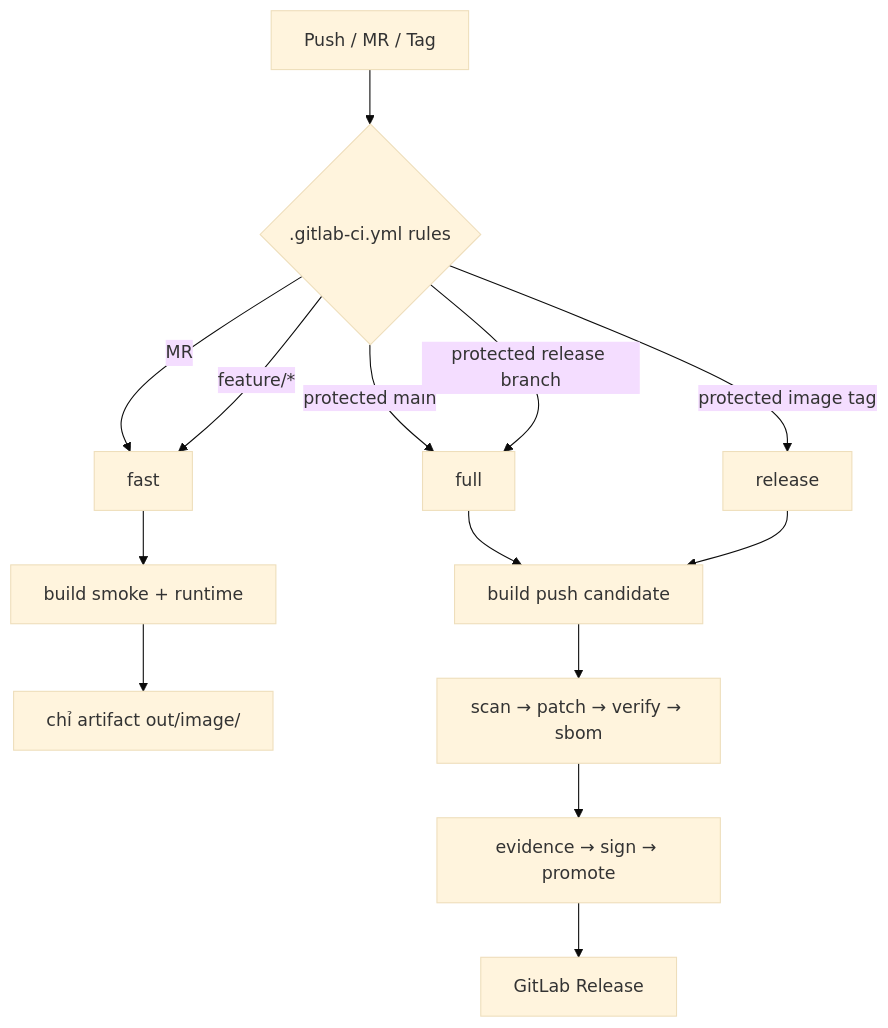
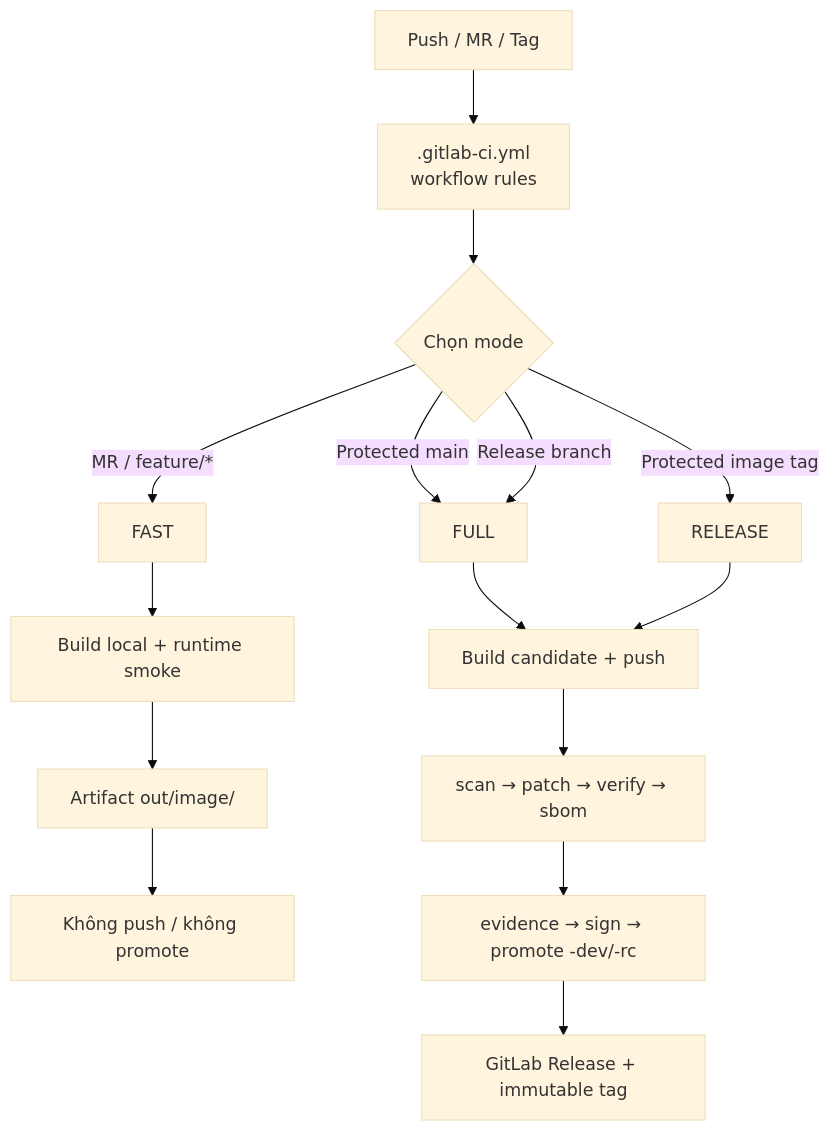
Before and after one commit to solution156/workspace-images: the first of 2 diagrams in README.md, drawn with Mermaid (base theme). The commit also changed other lines of this file, not shown here.

````diff
--- a/README.md
+++ b/README.md
@@ -146,17 +64,20 @@
 ```mermaid
 flowchart TD
-    A[Push / MR / Tag] --> B{.gitlab-ci.yml rules}
-    B -->|MR| FAST[fast]
-    B -->|feature/*| FAST
-    B -->|protected main| FULL[full]
-    B -->|protected release branch| FULL
-    B -->|protected image tag| REL[release]
+    A["Push / MR / Tag"] --> B[".gitlab-ci.yml<br/>workflow rules"]
+    B --> C{"Chọn mode"}
+    C -->|MR / feature/*| FAST["FAST"]
+    C -->|Protected main| FULL["FULL"]
+    C -->|Release branch| FULL
+    C -->|Protected image tag| REL["RELEASE"]
 
-    FAST --> F1[build smoke + runtime]
-    F1 --> F2[chỉ artifact out/image/]
-    FULL --> G1[build push candidate]
-    G1 --> G2[scan → patch → verify → sbom]
-    G2 --> G3[evidence → sign → promote]
+    FAST --> F1["Build local + runtime smoke"]
+    F1 --> F2["Artifact out/image/"]
+    F2 --> F3["Không push / không promote"]
+
+    FULL --> G1["Build candidate + push"]
+    G1 --> G2["scan → patch → verify → sbom"]
+    G2 --> G3["evidence → sign → promote -dev/-rc"]
+
     REL --> G1
-    G3 --> G4[GitLab Release]
+    G3 --> G4["GitLab Release + immutable tag"]
 ```
````
